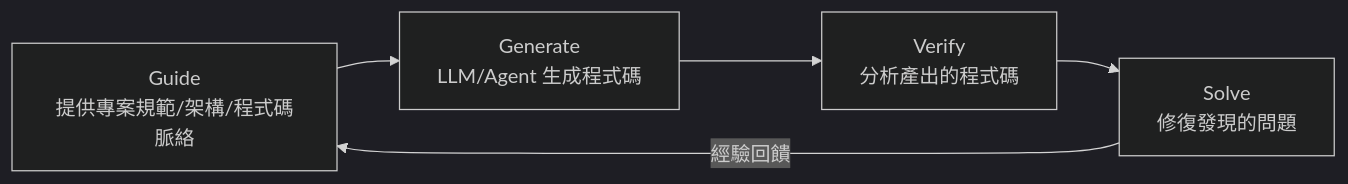
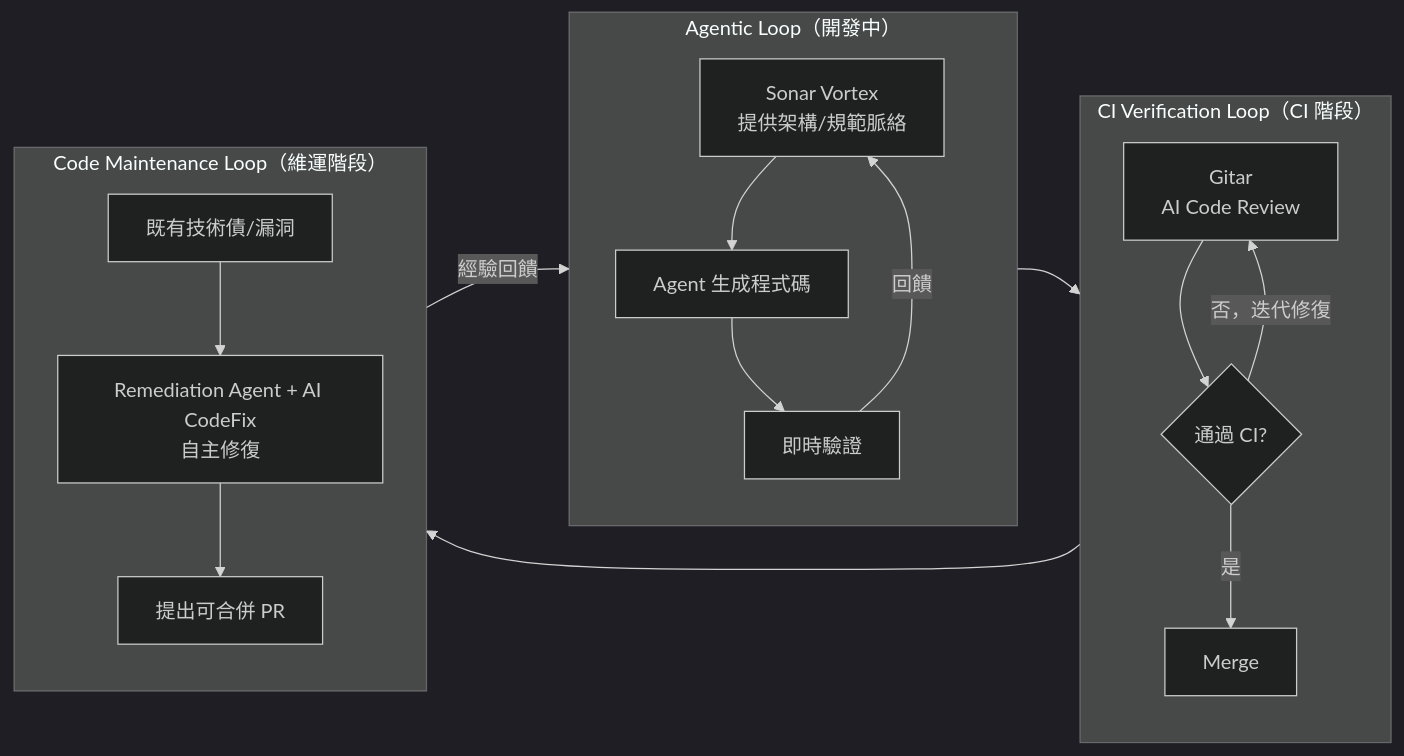
Before and after one commit to chihhung/Blog: diagram 16 of 30 in content/posts/教學/工具/SonarQube教學手冊.md, drawn with Mermaid (dark theme). The commit also changed other lines of this file and 2 other files, not shown here.

````diff
--- a/content/posts/教學/工具/SonarQube教學手冊.md
+++ b/content/posts/教學/工具/SonarQube教學手冊.md
@@ -1582,7 +1636,18 @@
 ```mermaid
 flowchart LR
-    A[Guide<br/>提供專案規範/架構/程式碼脈絡] --> B[Generate<br/>LLM/Agent 生成程式碼]
-    B --> C[Verify<br/>分析產出的程式碼]
-    C --> D[Solve<br/>修復發現的問題]
-    D -->|經驗回饋| A
+    subgraph L1["Agentic Loop（開發中）"]
+        A[Sonar Vortex<br/>提供架構/規範脈絡] --> B[Agent 生成程式碼]
+        B --> C[即時驗證]
+        C -->|回饋| A
+    end
+    subgraph L2["CI Verification Loop（CI 階段）"]
+        D[Gitar<br/>AI Code Review] --> E{通過 CI?}
+        E -->|否，迭代修復| D
+        E -->|是| F[Merge]
+    end
+    subgraph L3["Code Maintenance Loop（維運階段）"]
+        G[既有技術債/漏洞] --> H[Remediation Agent + AI CodeFix<br/>自主修復]
+        H --> I[提出可合併 PR]
+    end
+    L1 --> L2 --> L3 -->|經驗回饋| L1
 ```
````
